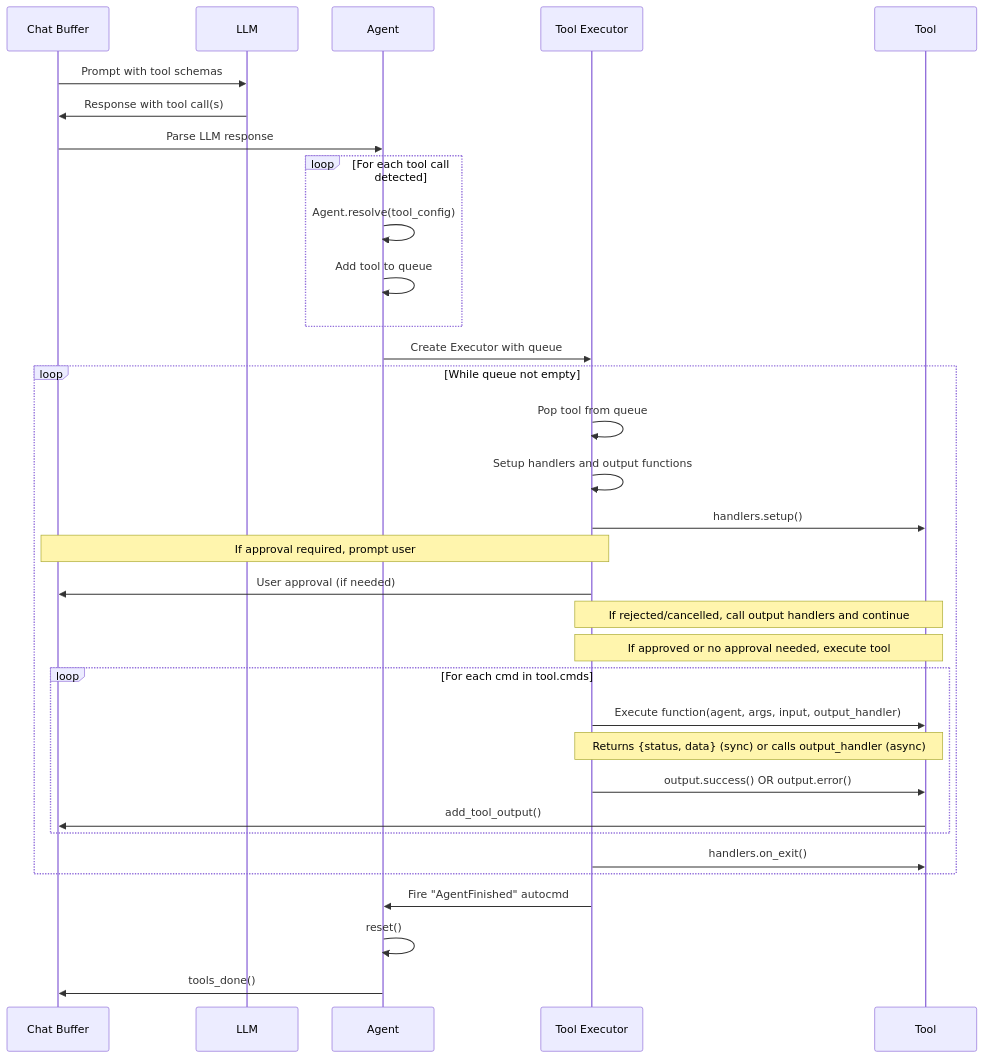
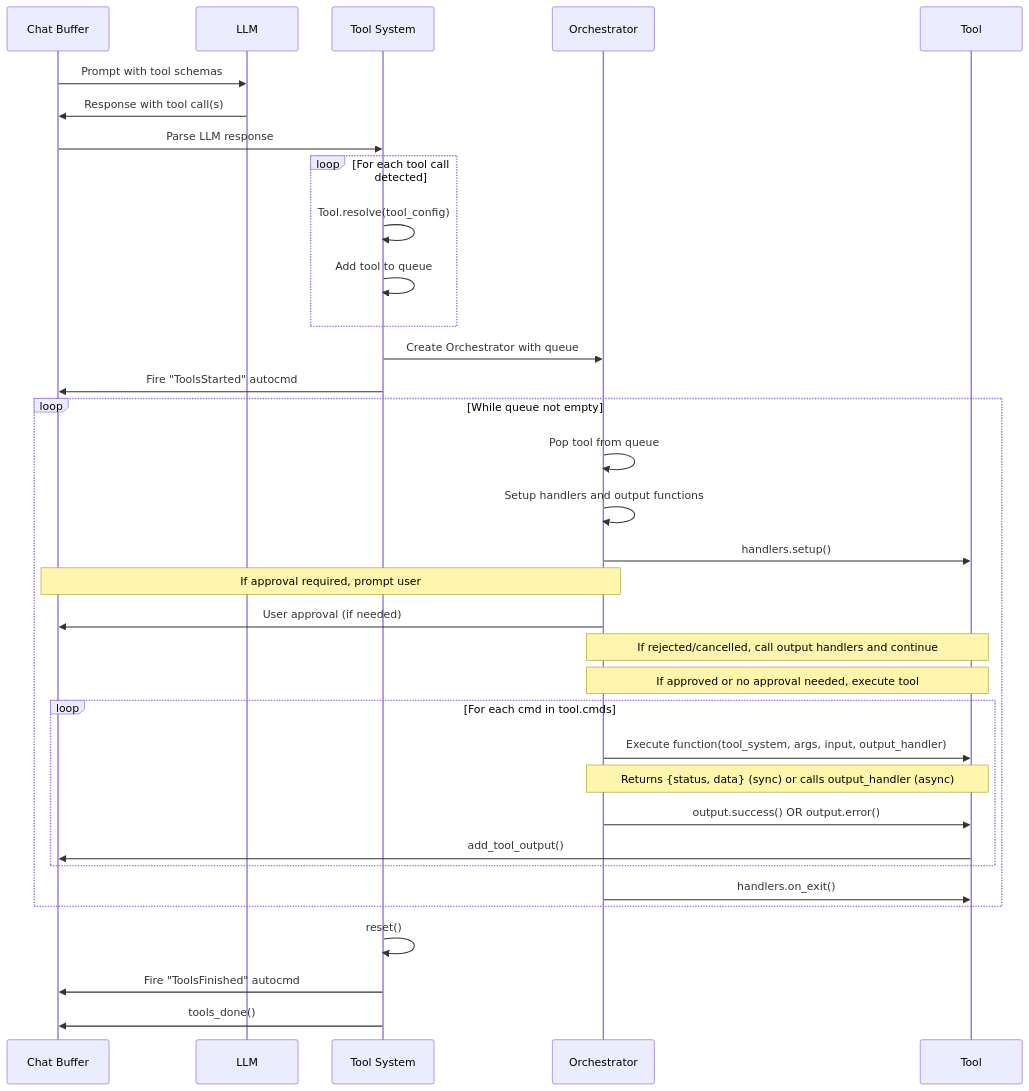
The diagram in doc/extending/tools.md (olimorris/codecompanion.nvim), drawn with Mermaid before and after one commit. The commit also changed other lines of this file and 166 other files, not shown here.

````diff
--- a/doc/extending/tools.md
+++ b/doc/extending/tools.md
@@ -13,45 +13,46 @@
 ```mermaid
 sequenceDiagram
     participant C as Chat Buffer
     participant L as LLM
-    participant A as Agent
-    participant E as Tool Executor
+    participant TS as Tool System
+    participant O as Orchestrator
     participant T as Tool
 
     C->>L: Prompt with tool schemas
     L->>C: Response with tool call(s)
 
-    C->>A: Parse LLM response
+    C->>TS: Parse LLM response
 
     loop For each tool call detected
-        A->>A: Agent.resolve(tool_config)
-        A->>A: Add tool to queue
+        TS->>TS: Tool.resolve(tool_config)
+        TS->>TS: Add tool to queue
     end
 
-    A->>E: Create Executor with queue
+    TS->>O: Create Orchestrator with queue
+    TS->>C: Fire "ToolsStarted" autocmd
 
     loop While queue not empty
-        E->>E: Pop tool from queue
-        E->>E: Setup handlers and output functions
-        E->>T: handlers.setup()
+        O->>O: Pop tool from queue
+        O->>O: Setup handlers and output functions
+        O->>T: handlers.setup()
 
-        Note over E,C: If approval required, prompt user
-        E->>C: User approval (if needed)
+        Note over O,C: If approval required, prompt user
+        O->>C: User approval (if needed)
 
-        Note over E,T: If rejected/cancelled, call output handlers and continue
-        Note over E,T: If approved or no approval needed, execute tool
+        Note over O,T: If rejected/cancelled, call output handlers and continue
+        Note over O,T: If approved or no approval needed, execute tool
 
         loop For each cmd in tool.cmds
-            E->>T: Execute function(agent, args, input, output_handler)
-            Note over T,E: Returns {status, data} (sync) or calls output_handler (async)
-            E->>T: output.success() OR output.error()
+            O->>T: Execute function(tool_system, args, input, output_handler)
+            Note over T,O: Returns {status, data} (sync) or calls output_handler (async)
+            O->>T: output.success() OR output.error()
             T->>C: add_tool_output()
         end
 
-        E->>T: handlers.on_exit()
+        O->>T: handlers.on_exit()
     end
 
-    E->>A: Fire "AgentFinished" autocmd
-    A->>A: reset()
-    A->>C: tools_done()
+    TS->>TS: reset()
+    TS->>C: Fire "ToolsFinished" autocmd
+    TS->>C: tools_done()
 ```
````
